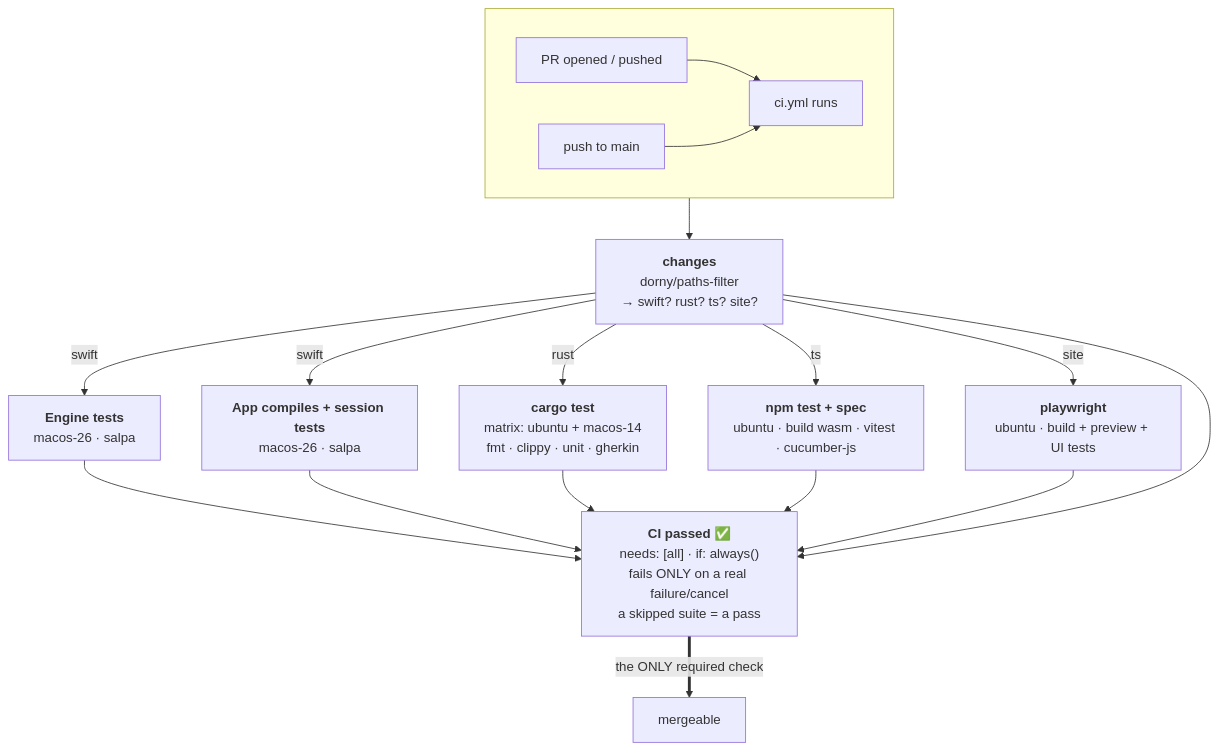
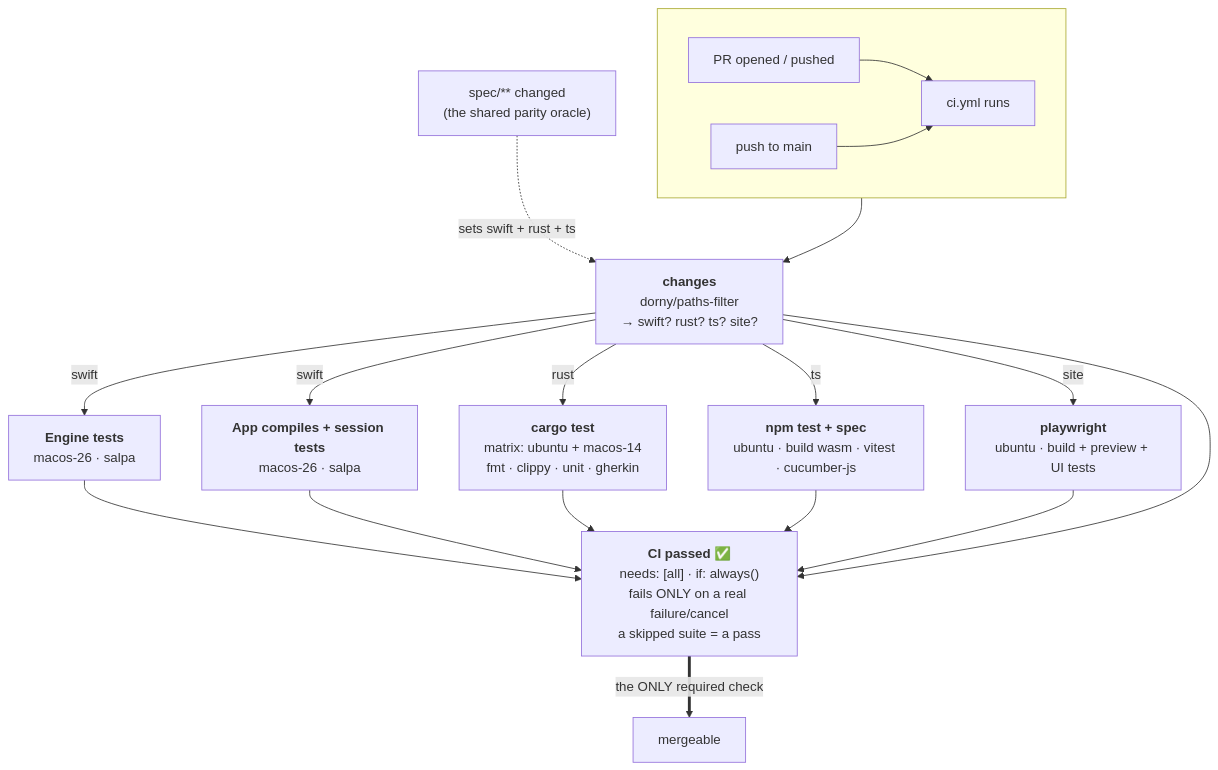
One commit to alleato-llc/soroban changed the first of 3 diagrams in docs/CICD.md. Above: the diagram before and after it, drawn with Mermaid.

Commit message:
docs: show spec/** feeding the changes filter in the CI DAG
Clarify that spec/** is a CI parity oracle (it sets swift+rust+ts, so a
spec change re-runs all engine suites), not release-only — it was only in
the filter table + trigger matrix, not the diagram. Render-verified.

````diff
--- a/docs/CICD.md
+++ b/docs/CICD.md
@@ -40,28 +40,29 @@
 ```mermaid
 flowchart TD
     subgraph trigger[" "]
         direction LR
         PR["PR opened / pushed"] --> W
         PUSH["push to main"] --> W
     end
     W["ci.yml runs"] --> CH
 
+    SPEC["spec/** changed<br/>(the shared parity oracle)"] -. "sets swift + rust + ts" .-> CH
     CH["<b>changes</b><br/>dorny/paths-filter<br/>→ swift? rust? ts? site?"]
 
     CH -->|swift| ENG["<b>Engine tests</b><br/>macos-26 · salpa"]
     CH -->|swift| SESS["<b>App compiles + session tests</b><br/>macos-26 · salpa"]
     CH -->|rust| RUST["<b>cargo test</b><br/>matrix: ubuntu + macos-14<br/>fmt · clippy · unit · gherkin"]
     CH -->|ts| TS["<b>npm test + spec</b><br/>ubuntu · build wasm · vitest · cucumber-js"]
     CH -->|site| PW["<b>playwright</b><br/>ubuntu · build + preview + UI tests"]
 
     ENG --> GATE
     SESS --> GATE
     RUST --> GATE
     TS --> GATE
     PW --> GATE
     CH --> GATE
 
     GATE["<b>CI passed</b> ✅<br/>needs: [all] · if: always()<br/>fails ONLY on a real failure/cancel<br/>a skipped suite = a pass"]
 
     GATE ==>|the ONLY required check| MERGE["mergeable"]
 ```
````
